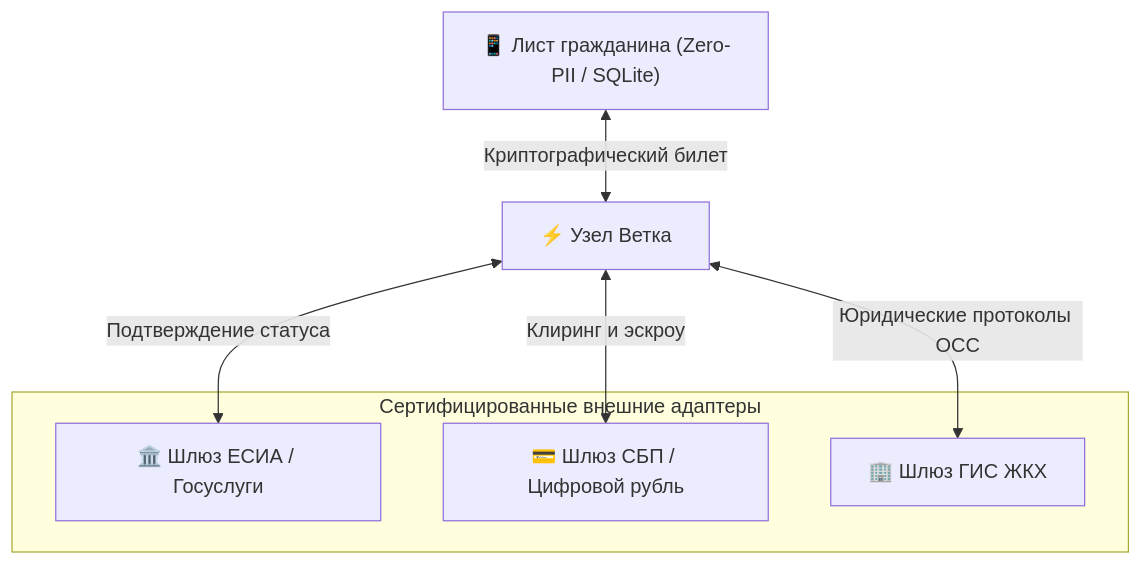
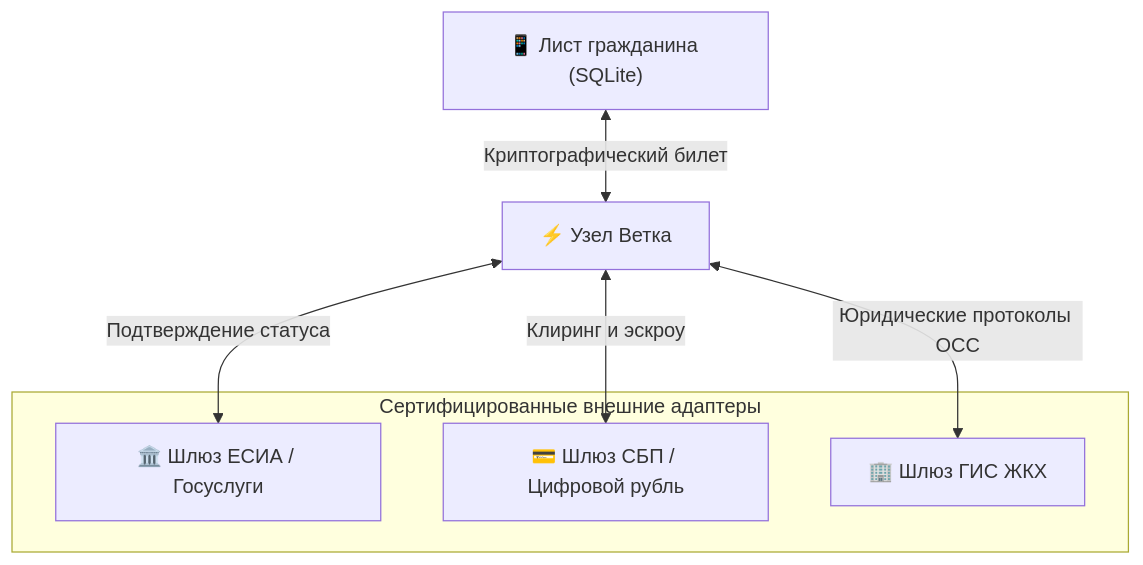
Before and after one commit to Data-Independence-Network/presentations: the fourth of 4 diagrams in shared_docs/whitepapers/02_applications_suite_whitepaper.md, drawn with Mermaid. The commit also changed other lines of this file and 8 other files, not shown here.

````diff
--- a/shared_docs/whitepapers/02_applications_suite_whitepaper.md
+++ b/shared_docs/whitepapers/02_applications_suite_whitepaper.md
@@ -199,16 +199,16 @@
 ```mermaid
 graph TD
-    Leaf["📱 Лист гражданина (Zero-PII / SQLite)"]
+    Leaf["📱 Лист гражданина (SQLite)"]
     Branch["⚡ Узел Ветка"]
 
     subgraph Adapters ["Сертифицированные внешние адаптеры"]
         A_ESIA["🏛️ Шлюз ЕСИА / Госуслуги"]
         A_SBP["💳 Шлюз СБП / Цифровой рубль"]
         A_GIS["🏢 Шлюз ГИС ЖКХ"]
     end
 
     Leaf <-->|Криптографический билет| Branch
     Branch <-->|Подтверждение статуса| A_ESIA
     Branch <-->|Клиринг и эскроу| A_SBP
     Branch <-->|Юридические протоколы ОСС| A_GIS
 ```
````
